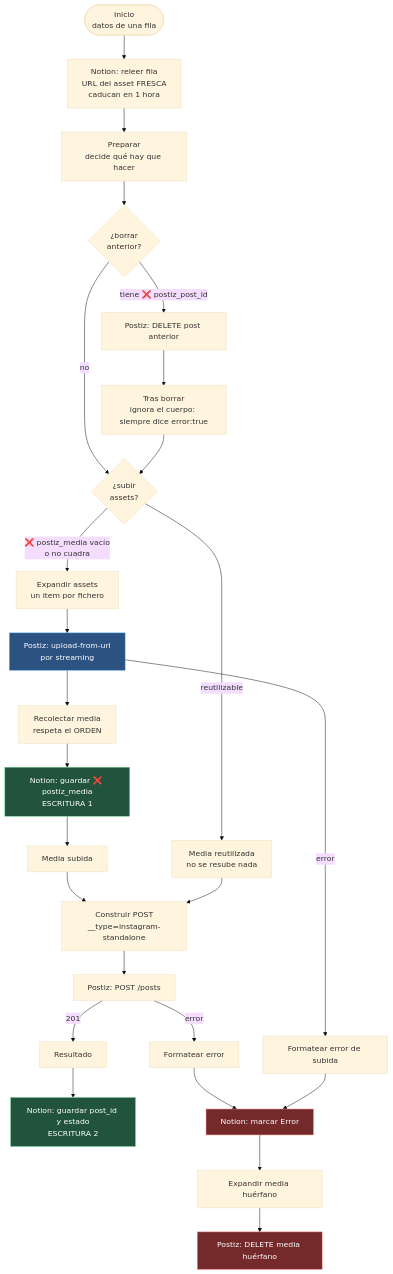
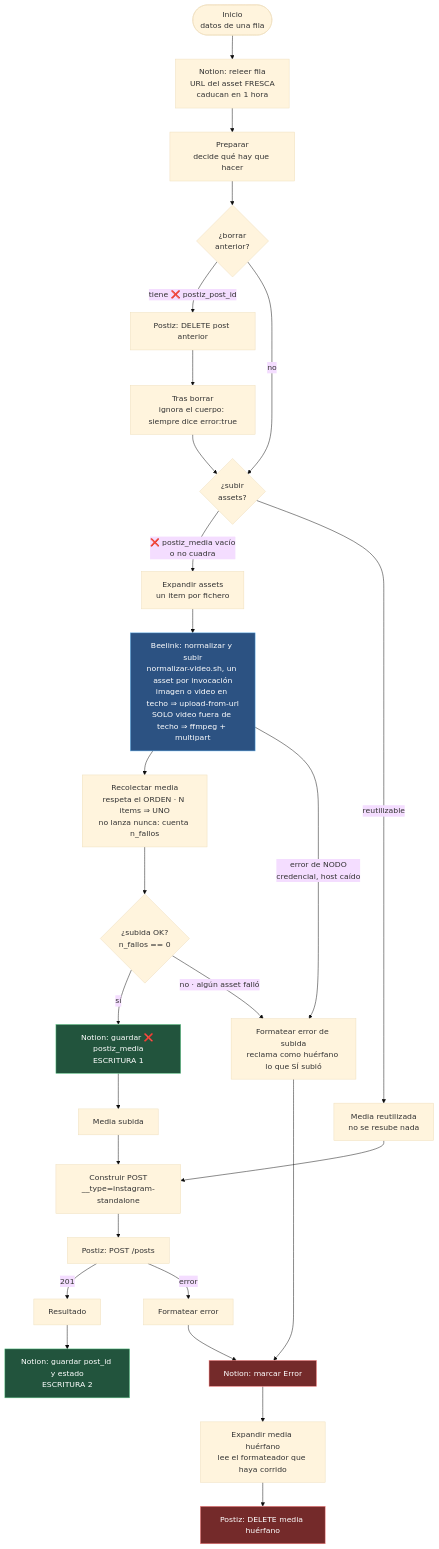
Before and after one commit to dustin-calderon/postiz-app: the fourth of 11 diagrams in docs/architecture/CONTENT_PIPELINE_DIAGRAMS.md, drawn with Mermaid (base theme). The commit also changed other lines of this file and 3 other files, not shown here.

````diff
--- a/docs/architecture/CONTENT_PIPELINE_DIAGRAMS.md
+++ b/docs/architecture/CONTENT_PIPELINE_DIAGRAMS.md
@@ -142,39 +150,41 @@
 ```mermaid
 flowchart TD
     INI(["Inicio<br/>datos de una fila"]) --> RELEER["Notion: releer fila<br/>URL del asset FRESCA<br/>caducan en 1 hora"]
     RELEER --> PREP["Preparar<br/>decide qué hay que hacer"]
 
     PREP --> QDEL{"¿borrar<br/>anterior?"}
     QDEL -->|"tiene ❌ postiz_post_id"| DEL["Postiz: DELETE post anterior"]
     DEL --> TRAS["Tras borrar<br/>ignora el cuerpo: siempre dice error:true"]
     QDEL -->|no| QUP
     TRAS --> QUP{"¿subir<br/>assets?"}
 
     QUP -->|"❌ postiz_media vacío<br/>o no cuadra"| EXP["Expandir assets<br/>un item por fichero"]
-    EXP --> UP["Postiz: upload-from-url<br/>por streaming"]
-    UP --> REC["Recolectar media<br/>respeta el ORDEN"]
-    REC --> GM["Notion: guardar ❌ postiz_media<br/>ESCRITURA 1"]
+    EXP --> UP["Beelink: normalizar y subir<br/>normalizar-video.sh, un asset por invocación<br/>imagen o video en techo ⇒ upload-from-url<br/>SOLO video fuera de techo ⇒ ffmpeg + multipart"]
+    UP --> REC["Recolectar media<br/>respeta el ORDEN · N items ⇒ UNO<br/>no lanza nunca: cuenta n_fallos"]
+    REC --> QOK{"¿subida OK?<br/>n_fallos == 0"}
+    QOK -->|sí| GM["Notion: guardar ❌ postiz_media<br/>ESCRITURA 1"]
     GM --> MS["Media subida"]
 
     QUP -->|"reutilizable"| MR["Media reutilizada<br/>no se resube nada"]
 
     MS --> CONS["Construir POST<br/>__type=instagram-standalone"]
     MR --> CONS
     CONS --> POST["Postiz: POST /posts"]
 
     POST -->|"201"| RES["Resultado"]
     RES --> GID["Notion: guardar post_id y estado<br/>ESCRITURA 2"]
 
     POST -->|"error"| FE["Formatear error"]
-    UP -->|"error"| FES["Formatear error de subida"]
+    QOK -->|"no · algún asset falló"| FES["Formatear error de subida<br/>reclama como huérfano lo que SÍ subió"]
+    UP -->|"error de NODO<br/>credencial, host caído"| FES
     FE --> ME["Notion: marcar Error"]
     FES --> ME
-    ME --> EXPH["Expandir media huérfano"]
+    ME --> EXPH["Expandir media huérfano<br/>lee el formateador que haya corrido"]
     EXPH --> DELM["Postiz: DELETE media huérfano"]
 
     style UP fill:#2c5282,stroke:#63b3ed,color:#fff
     style GM fill:#22543d,stroke:#68d391,color:#fff
     style GID fill:#22543d,stroke:#68d391,color:#fff
     style ME fill:#742a2a,stroke:#fc8181,color:#fff
     style DELM fill:#742a2a,stroke:#fc8181,color:#fff
 ```
````
